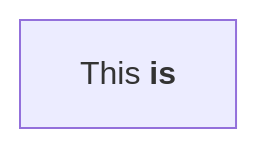
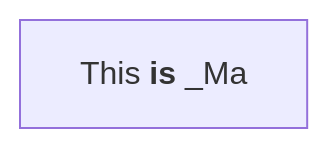
Before and after one commit to Thomey3/iodraw-files: the diagram in all/未命名.md, drawn with Mermaid.

Commit message:
2024-09-07 10:00:24 update

````diff
--- a/all/未命名.md
+++ b/all/未命名.md
@@ -1,4 +1,4 @@
 ```mermaid
 flowchart LR
-    markdown["`This **is**`"]
+    markdown["`This **is** _Ma`"]
 ```
````
